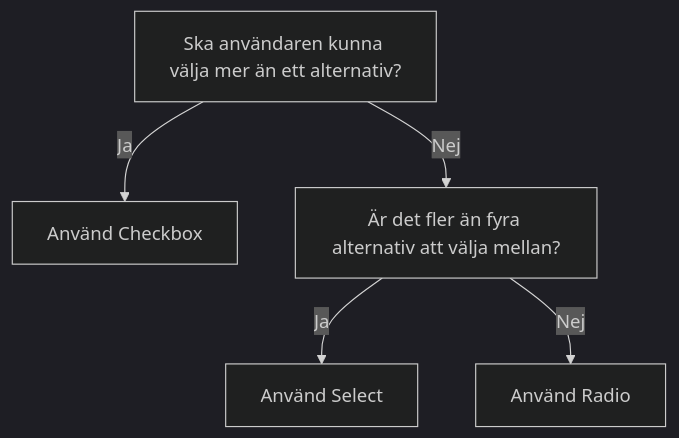
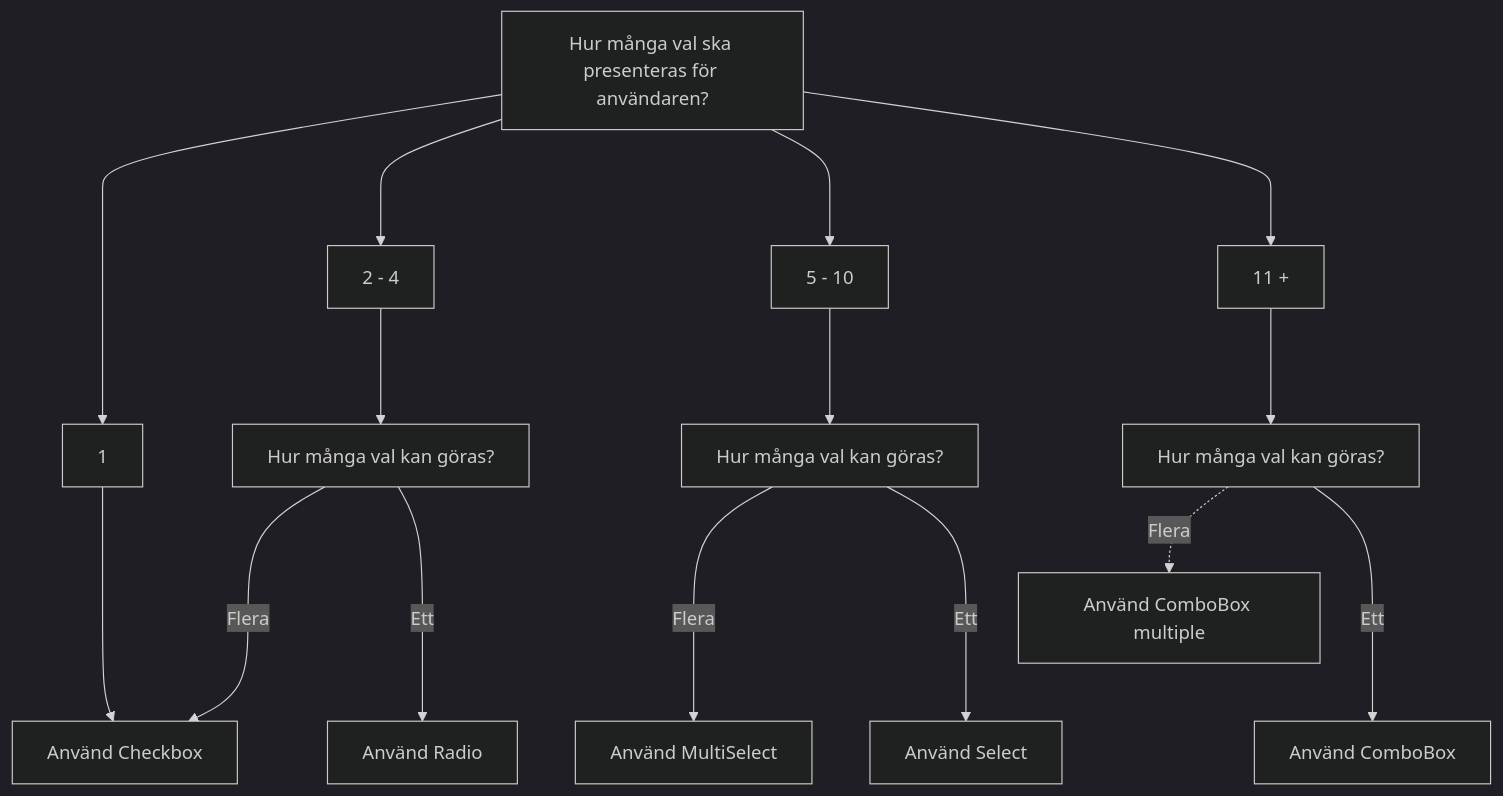
Before and after one commit to migrationsverket/midas: the diagram in apps/docs/docs/components/radio.mdx, drawn with Mermaid (dark theme). The commit also changed other lines of this file and 4 other files, not shown here.

Commit message:
docs: new flowchart for select decision

````diff
--- a/apps/docs/docs/components/radio.mdx
+++ b/apps/docs/docs/components/radio.mdx
@@ -73,9 +78,18 @@
 ```mermaid
 flowchart TD;
-    A[Ska användaren kunna välja mer än ett alternativ?]:::primary
-    A -->|Ja| B[Använd Checkbox]
-    A -->|Nej| C[Är det fler än fyra alternativ att välja mellan?]:::primary
-    C -->|Ja| E[Använd Select]
-    C -->|Nej| D[Använd Radio]:::primary
-    
+  A[Hur många val ska presenteras för användaren?]:::primary
+  A ---> B[1]
+  A ---> C[2 - 4]:::primary
+  A ---> D[5 - 10]
+  A ---> E[11 +]
+  B ---> F[Använd Checkbox]
+  C ---> G[Hur många val kan göras?]:::primary
+  G --->|Flera| F
+  G --->|Ett| H[Använd Radio]:::primary
+  D ---> I[Hur många val kan göras?]
+  I --->|Flera| J[Använd MultiSelect]
+  I --->|Ett| K[Använd Select]
+  E ---> L[Hur många val kan göras?]
+  L -.Flera.-> M[Använd ComboBox multiple]
+  L --->|Ett| N[Använd ComboBox]
 ```
````
